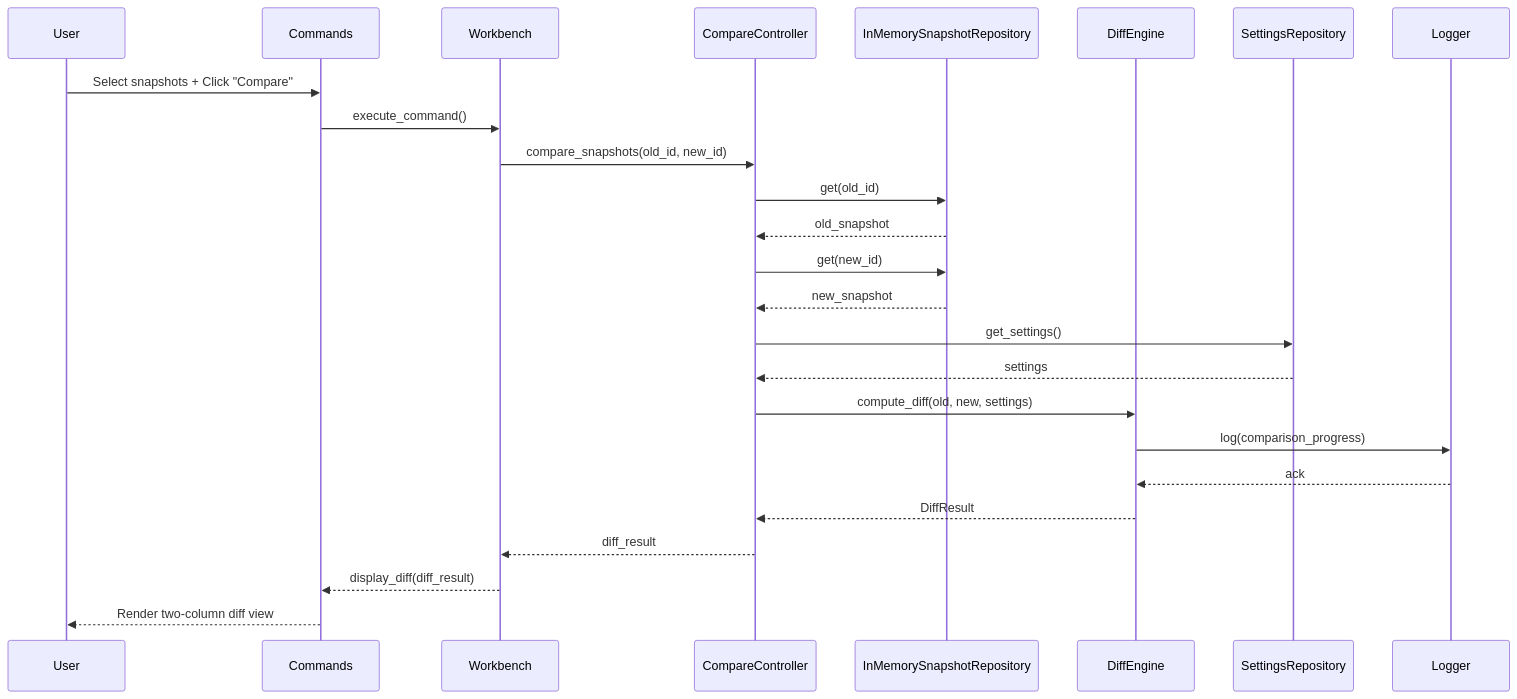
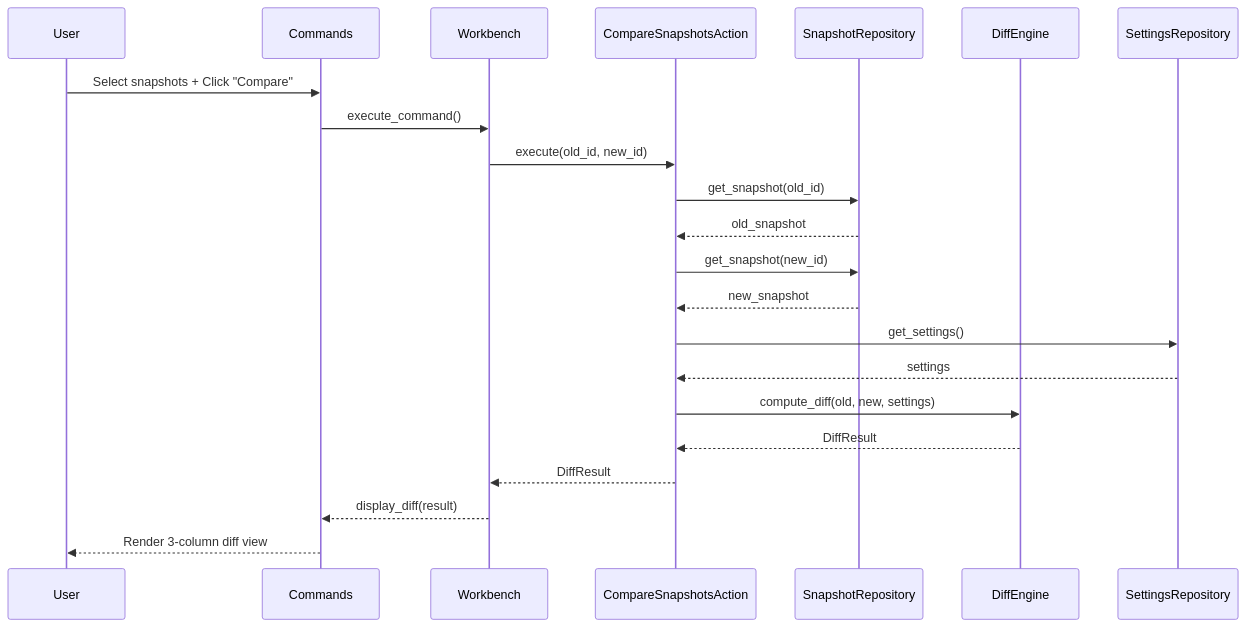
Before and after one commit to eblanshey/project-history-workbench: the second of 2 diagrams in docs/PLAN.md, drawn with Mermaid. The commit also changed other lines of this file and 3 other files, not shown here.

````diff
--- a/docs/PLAN.md
+++ b/docs/PLAN.md
@@ -218,28 +203,25 @@
 ```mermaid
 sequenceDiagram
     participant User
     participant Commands
     participant Workbench
-    participant CompareController
-    participant InMemorySnapshotRepository
+    participant CompareSnapshotsAction
+    participant SnapshotRepository
     participant DiffEngine
     participant SettingsRepository
-    participant Logger
 
     User->>Commands: Select snapshots + Click "Compare"
     Commands->>Workbench: execute_command()
-    Workbench->>CompareController: compare_snapshots(old_id, new_id)
-    CompareController->>InMemorySnapshotRepository: get(old_id)
-    InMemorySnapshotRepository-->>CompareController: old_snapshot
-    CompareController->>InMemorySnapshotRepository: get(new_id)
-    InMemorySnapshotRepository-->>CompareController: new_snapshot
-    CompareController->>SettingsRepository: get_settings()
-    SettingsRepository-->>CompareController: settings
-    CompareController->>DiffEngine: compute_diff(old, new, settings)
-    DiffEngine->>Logger: log(comparison_progress)
-    Logger-->>DiffEngine: ack
-    DiffEngine-->>CompareController: DiffResult
-    CompareController-->>Workbench: diff_result
-    Workbench-->>Commands: display_diff(diff_result)
-    Commands-->>User: Render two-column diff view
+    Workbench->>CompareSnapshotsAction: execute(old_id, new_id)
+    CompareSnapshotsAction->>SnapshotRepository: get_snapshot(old_id)
+    SnapshotRepository-->>CompareSnapshotsAction: old_snapshot
+    CompareSnapshotsAction->>SnapshotRepository: get_snapshot(new_id)
+    SnapshotRepository-->>CompareSnapshotsAction: new_snapshot
+    CompareSnapshotsAction->>SettingsRepository: get_settings()
+    SettingsRepository-->>CompareSnapshotsAction: settings
+    CompareSnapshotsAction->>DiffEngine: compute_diff(old, new, settings)
+    DiffEngine-->>CompareSnapshotsAction: DiffResult
+    CompareSnapshotsAction-->>Workbench: DiffResult
+    Workbench-->>Commands: display_diff(result)
+    Commands-->>User: Render 3-column diff view
 ```
````
